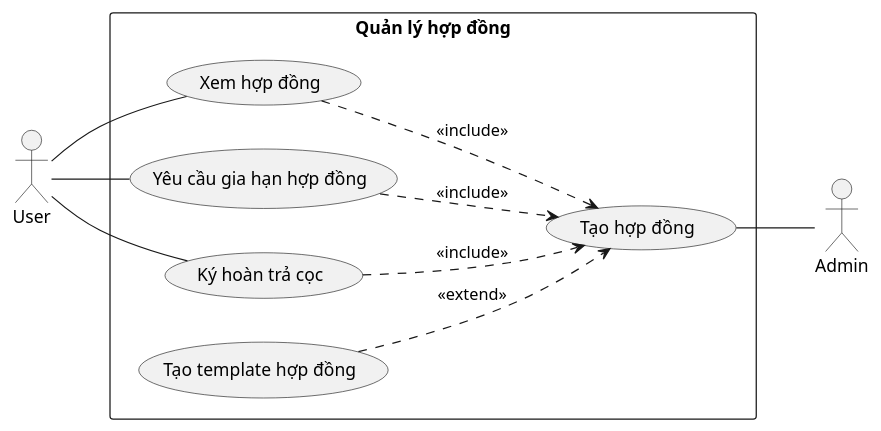
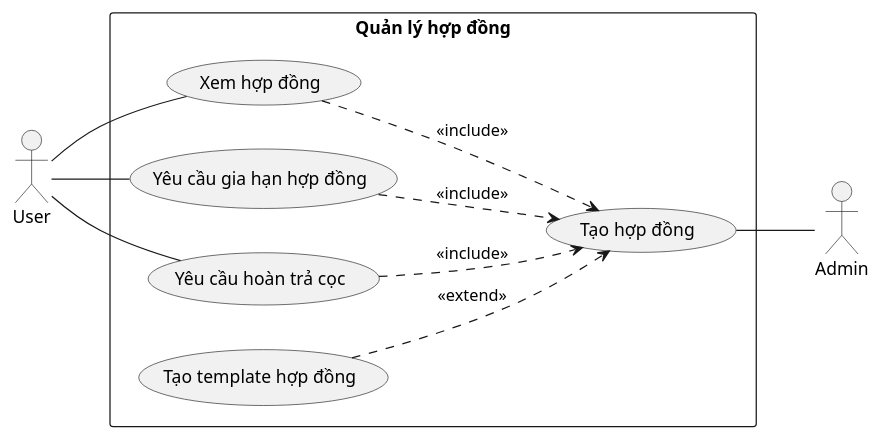
The diagram in Lab1/Lab1.2/Usecase/Quản lý hợp đồng.plantuml (QuickyBooster/SE357-Pratice-class), drawn with PlantUML before and after one commit.

```diff
--- a/Lab1/Lab1.2/Usecase/Quản lý hợp đồng.plantuml
+++ b/Lab1/Lab1.2/Usecase/Quản lý hợp đồng.plantuml
@@ -1,23 +1,23 @@
 @startuml
 left to right direction
 
 actor Admin as C
 actor User as U
 rectangle "Quản lý hợp đồng" {
   usecase (Tạo hợp đồng) as UC2
   usecase (Xem hợp đồng) as UC1
   usecase (Yêu cầu gia hạn hợp đồng) as UC8
-  usecase (Ký hoàn trả cọc) as UC3
+  usecase (Yêu cầu hoàn trả cọc) as UC3
   usecase (Tạo template hợp đồng) as UC4
 }
 
 U--UC1
 U -- UC8
 U --UC3
 UC2 -- C
 UC4 ..>UC2:<<extend>>
 UC1 ..>UC2:<<include>>
 UC8 ..>UC2:<<include>>
 UC3 ..>UC2:<<include>>
 
 @enduml
```
